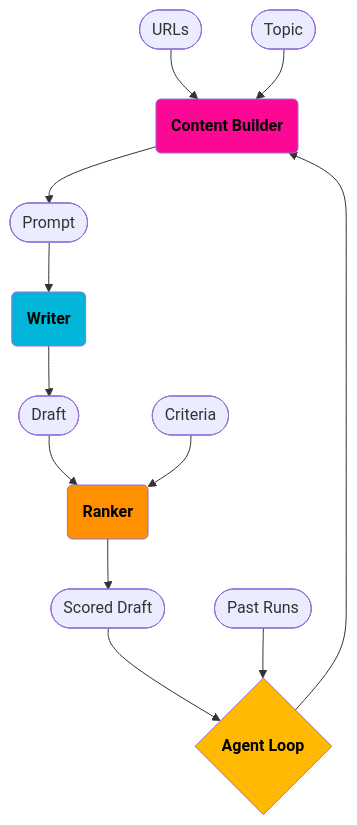
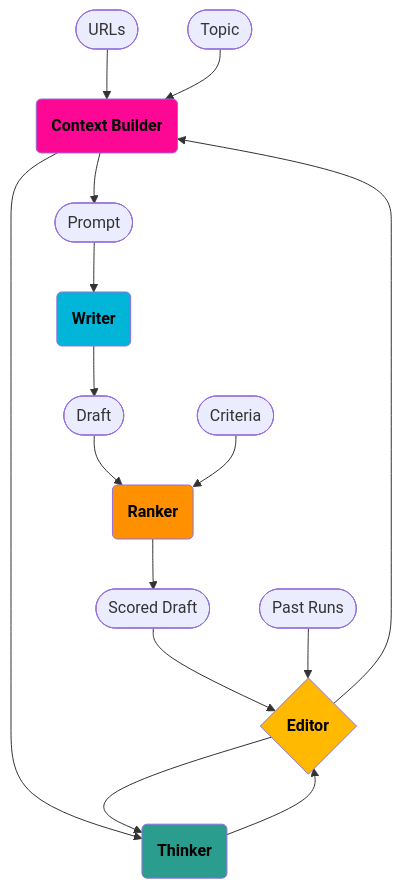
One commit to marcoscannabrava/aiwriter changed the diagram in README.md. Above: the diagram before and after it, drawn with Mermaid. The commit also changed other lines of this file and 10 other files, not shown here.

Commit message:
feat: thinker agent and large refactor (#2)

````diff
--- a/README.md
+++ b/README.md
@@ -73,19 +73,23 @@
 ```mermaid
 flowchart TD
-    A([URLs]) --> B(Content Builder)
-    AA([Topic]) --> B(Content Builder)
+    A([URLs]) --> B(Context Builder)
+    AA([Topic]) --> B(Context Builder)
     B --> C([Prompt])
+    B --> J(Thinker)
     C --> D(Writer)
     D --> E([Draft])
     E --> F(Ranker)
     F --> FF([Scored Draft])
     H([Criteria]) --> F
-    FF --> G{Agent Loop}
+    FF --> G{Editor}
     I([Past Runs]) --> G
     G --> B
+    G --> J
+    J --> G
 
     style B fill:#fd0795,color:black,font-weight:bold
     style D fill:#00b5d7,color:black,font-weight:bold
     style F fill:#ff9000,color:black,font-weight:bold
     style G fill:#ffb901,color:black,font-weight:bold
+    style J fill:#2a9d8f,color:black,font-weight:bold
 ```
````
